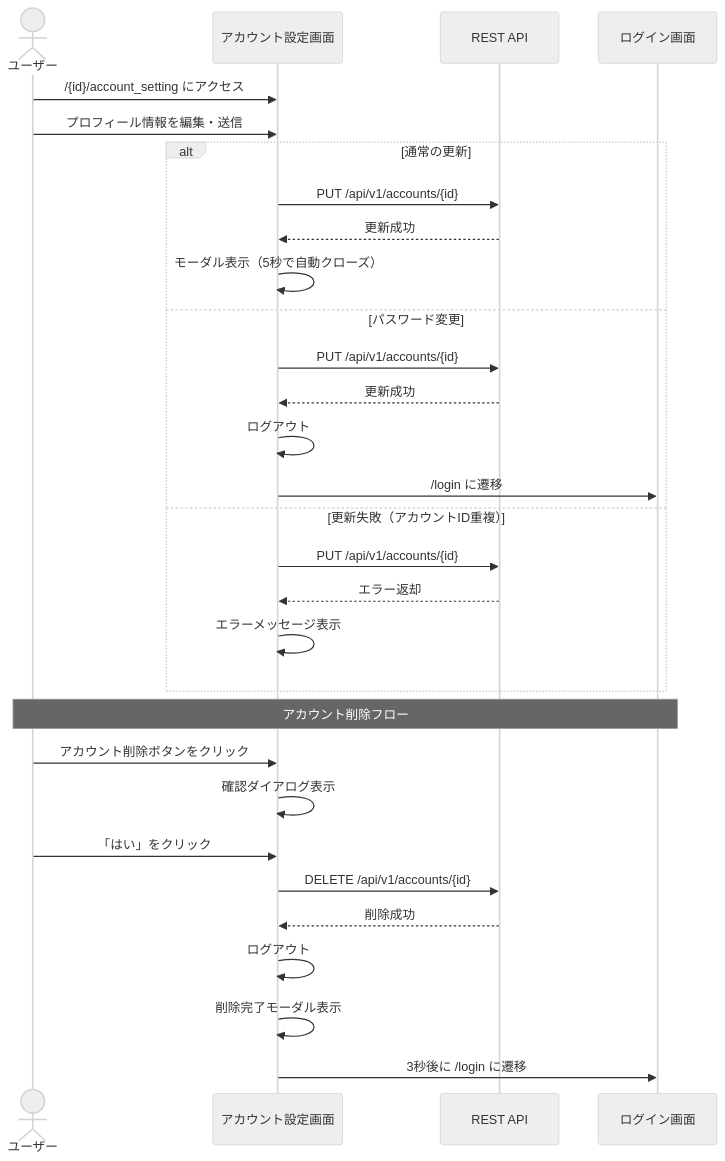
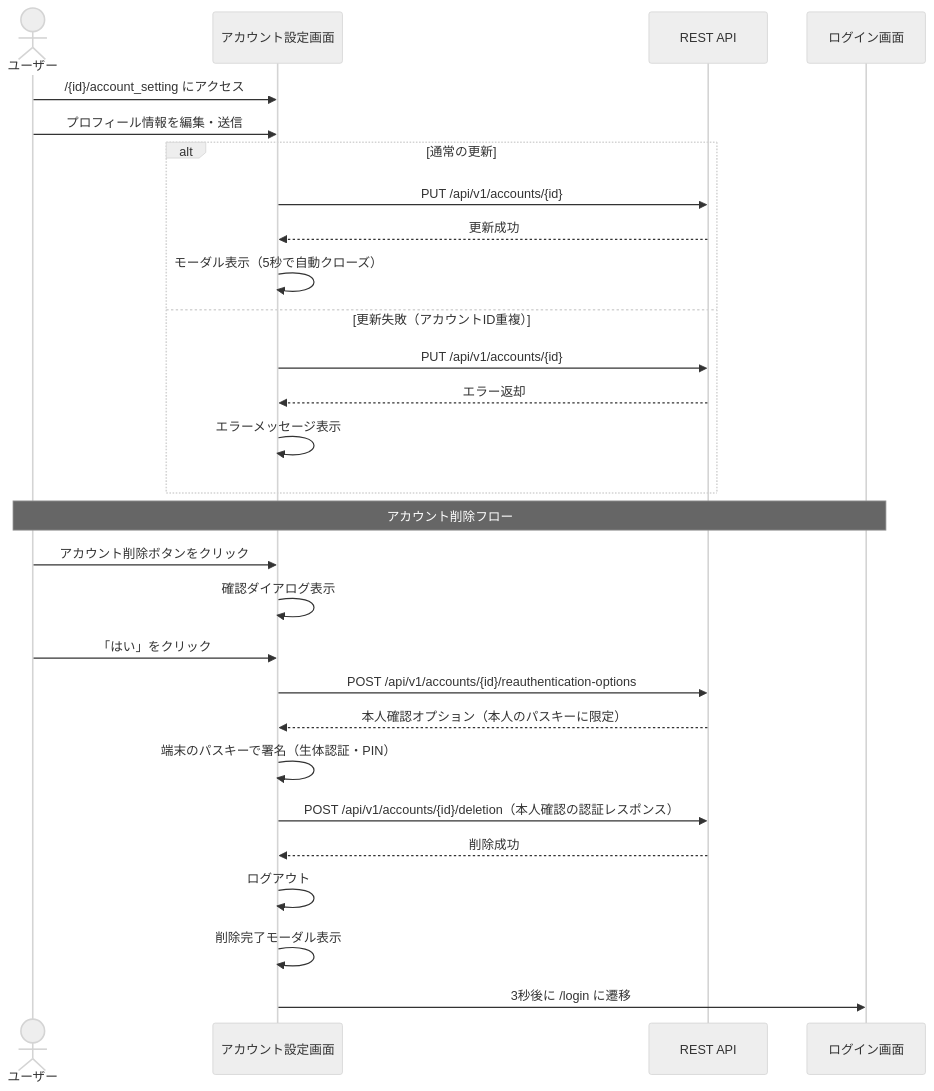
One commit to KentoKodama214/WebGallery changed the seventh of 12 diagrams in doc/view/screen-transition.md. Above: the diagram before and after it, drawn with Mermaid (neutral theme). The commit also changed other lines of this file and 267 other files, not shown here.

````diff
--- a/doc/view/screen-transition.md
+++ b/doc/view/screen-transition.md
@@ -306,35 +328,33 @@
 ```mermaid
 sequenceDiagram
     actor User as ユーザー
     participant Setting as アカウント設定画面
     participant API as REST API
     participant Login as ログイン画面
 
     User->>Setting: /{id}/account_setting にアクセス
     User->>Setting: プロフィール情報を編集・送信
 
     alt 通常の更新
         Setting->>API: PUT /api/v1/accounts/{id}
         API-->>Setting: 更新成功
         Setting->>Setting: モーダル表示（5秒で自動クローズ）
-    else パスワード変更
-        Setting->>API: PUT /api/v1/accounts/{id}
-        API-->>Setting: 更新成功
-        Setting->>Setting: ログアウト
-        Setting->>Login: /login に遷移
     else 更新失敗（アカウントID重複）
         Setting->>API: PUT /api/v1/accounts/{id}
         API-->>Setting: エラー返却
         Setting->>Setting: エラーメッセージ表示
     end
 
     Note over User, Login: アカウント削除フロー
     User->>Setting: アカウント削除ボタンをクリック
     Setting->>Setting: 確認ダイアログ表示
     User->>Setting: 「はい」をクリック
-    Setting->>API: DELETE /api/v1/accounts/{id}
+    Setting->>API: POST /api/v1/accounts/{id}/reauthentication-options
+    API-->>Setting: 本人確認オプション（本人のパスキーに限定）
+    Setting->>Setting: 端末のパスキーで署名（生体認証・PIN）
+    Setting->>API: POST /api/v1/accounts/{id}/deletion（本人確認の認証レスポンス）
     API-->>Setting: 削除成功
     Setting->>Setting: ログアウト
     Setting->>Setting: 削除完了モーダル表示
     Setting->>Login: 3秒後に /login に遷移
 ```
````
